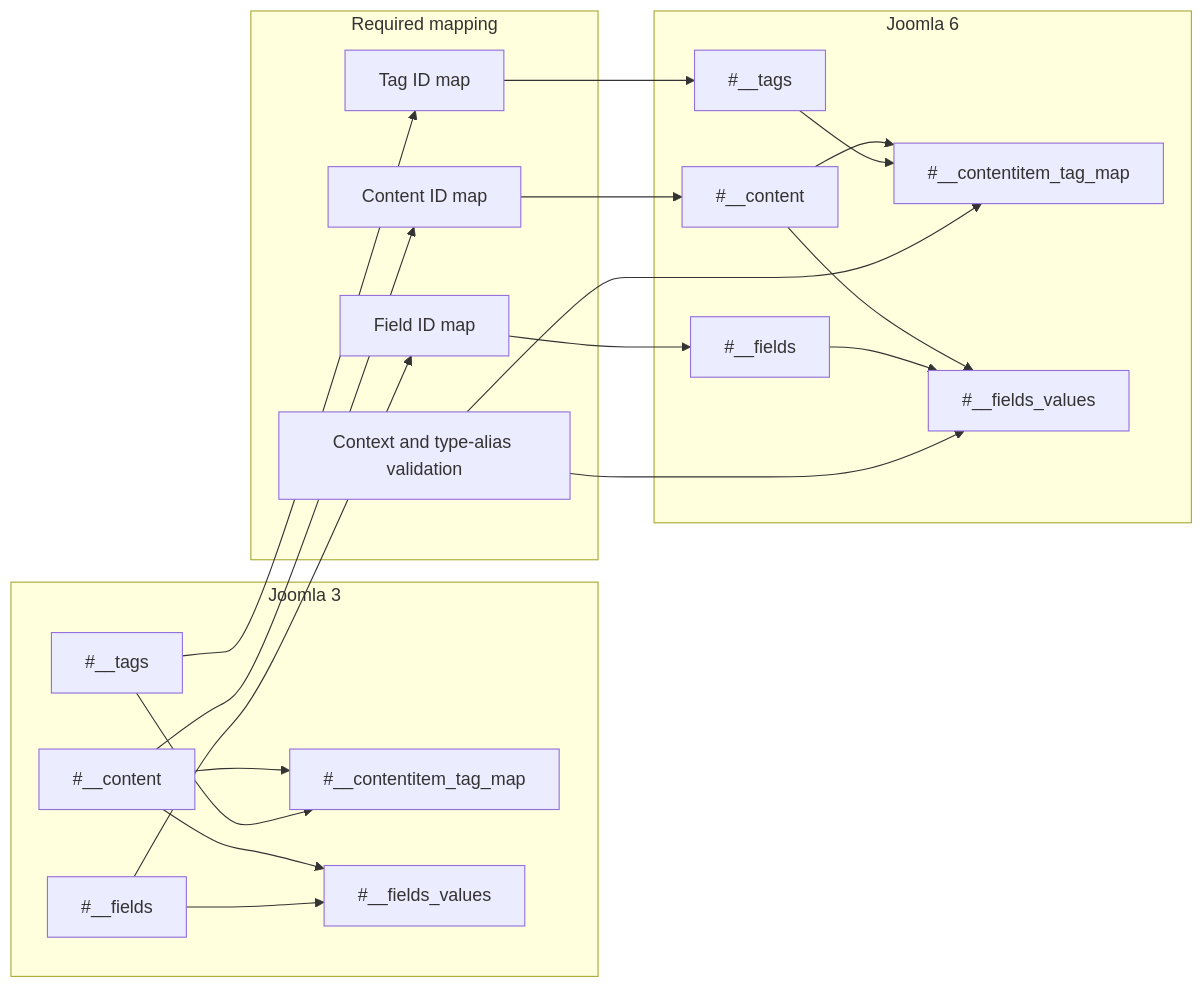
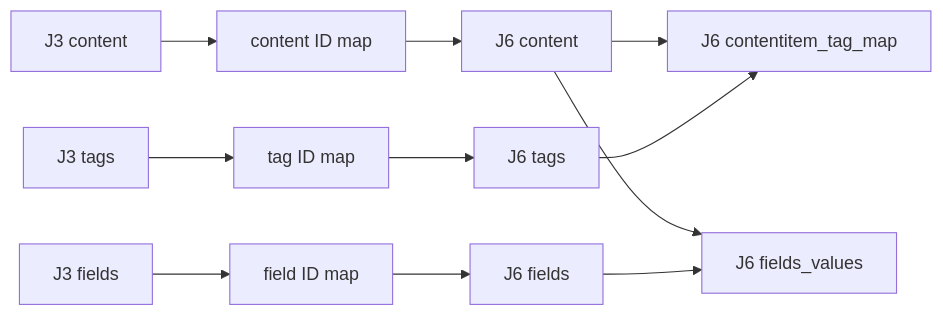
The eighth of 15 diagrams in docs/joomla/learning/database/joomla3-vs-joomla6-erd-gap-diagrams.md (duyduyly/php-notebook), drawn with Mermaid before and after one commit. The commit also changed other lines of this file, not shown here.

Commit message:
docs: fix Mermaid ERD gaps and add side-by-side table comparisons

````diff
--- a/docs/joomla/learning/database/joomla3-vs-joomla6-erd-gap-diagrams.md
+++ b/docs/joomla/learning/database/joomla3-vs-joomla6-erd-gap-diagrams.md
@@ -345,41 +336,11 @@
 ```mermaid
 flowchart LR
-    subgraph J3["Joomla 3"]
-        J3ART["#__content"]
-        J3TAGS["#__tags"]
-        J3TAGMAP["#__contentitem_tag_map"]
-        J3FIELDS["#__fields"]
-        J3VALUES["#__fields_values"]
+    J3CONTENT["J3 content"] --> CMAP["content ID map"] --> J6CONTENT["J6 content"]
+    J3TAGS["J3 tags"] --> TMAP["tag ID map"] --> J6TAGS["J6 tags"]
+    J3FIELDS["J3 fields"] --> FMAP["field ID map"] --> J6FIELDS["J6 fields"]
 
-        J3ART --> J3TAGMAP
-        J3TAGS --> J3TAGMAP
-        J3ART --> J3VALUES
-        J3FIELDS --> J3VALUES
-    end
-
-    subgraph MAPPING["Required mapping"]
-        CONTENTMAP["Content ID map"]
-        TAGMAP["Tag ID map"]
-        FIELDMAP["Field ID map"]
-        CONTEXT["Context and type-alias validation"]
-    end
-
-    subgraph J6["Joomla 6"]
-        J6ART["#__content"]
-        J6TAGS["#__tags"]
-        J6TAGMAP["#__contentitem_tag_map"]
-        J6FIELDS["#__fields"]
-        J6VALUES["#__fields_values"]
-    end
-
-    J3ART --> CONTENTMAP --> J6ART
-    J3TAGS --> TAGMAP --> J6TAGS
-    J3FIELDS --> FIELDMAP --> J6FIELDS
-
-    J6ART --> J6TAGMAP
+    J6CONTENT --> J6TAGMAP["J6 contentitem_tag_map"]
     J6TAGS --> J6TAGMAP
-    J6ART --> J6VALUES
+    J6CONTENT --> J6VALUES["J6 fields_values"]
     J6FIELDS --> J6VALUES
-    CONTEXT --> J6TAGMAP
-    CONTEXT --> J6VALUES
 ```
````
